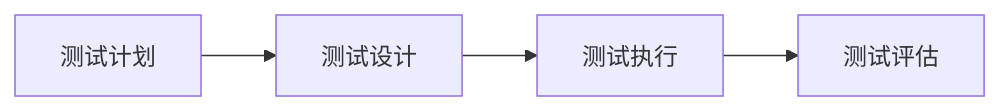
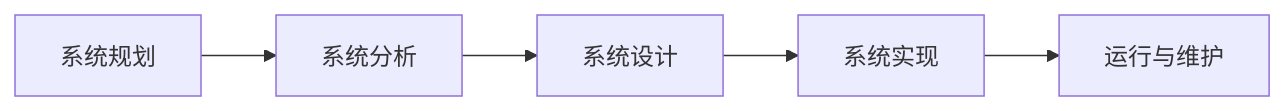
The first of 6 diagrams in 学习笔记/系统分析师-知识笔记.md (edhn3000/document), drawn with Mermaid before and after one commit. The commit also changed other lines of this file, not shown here.

````diff
--- a/学习笔记/系统分析师-知识笔记.md
+++ b/学习笔记/系统分析师-知识笔记.md
@@ -381,6 +21,7 @@
 ```mermaid
 graph LR
-    A[测试计划] -->B[测试设计]
-    B --> C[测试执行]
-    C -->D[测试评估]
+    A[系统规划] -->B[系统分析]
+    B --> C[系统设计]
+    C -->D[系统实现]
+    D -->E[运行与维护]
 ```
````
